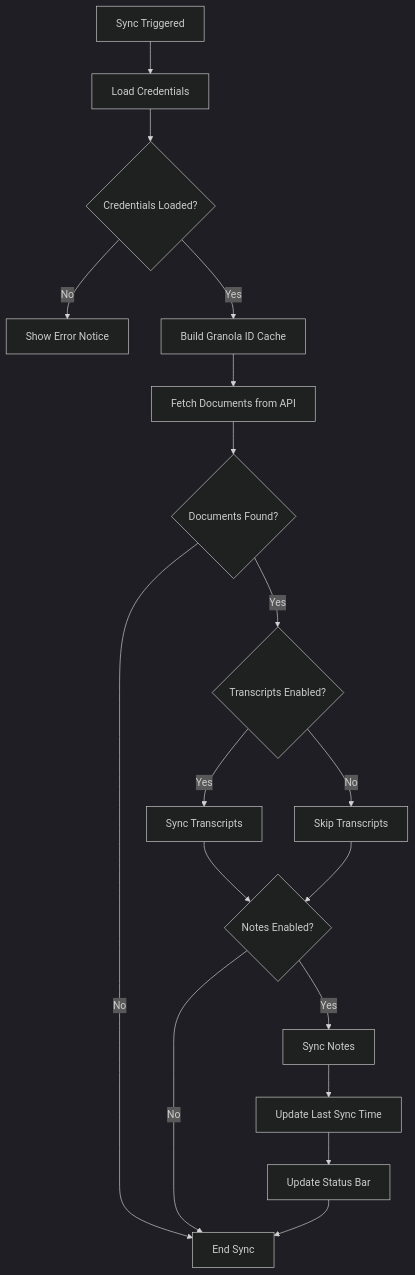
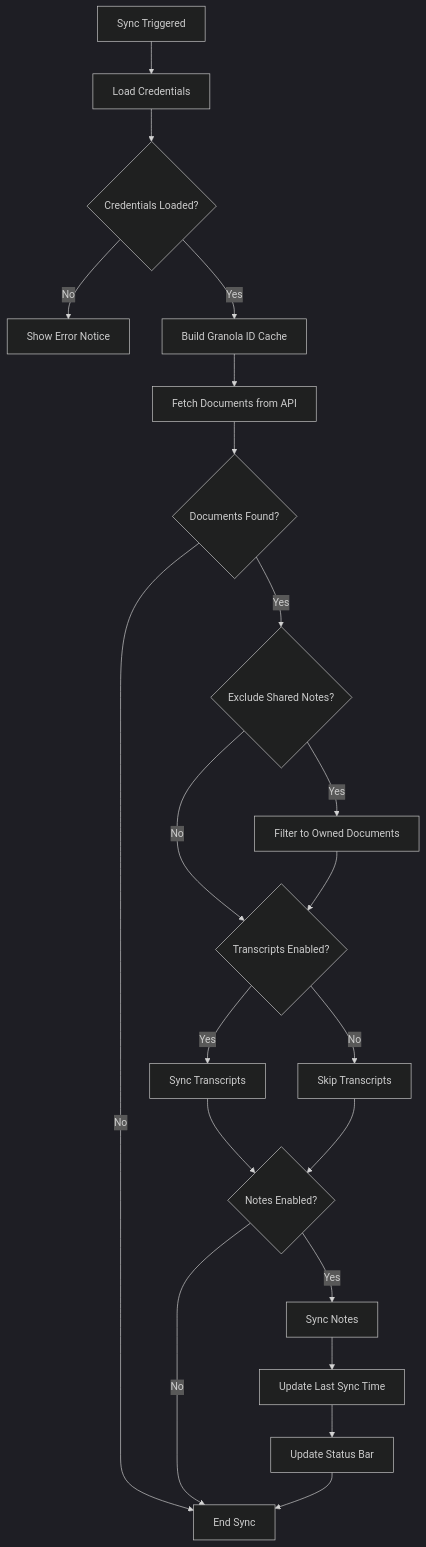
Before and after one commit to tomelliot/obsidian-granola-sync: the first of 7 diagrams in docs/sync-process.md, drawn with Mermaid (dark theme). The commit also changed other lines of this file and 1 other file, not shown here.

Commit message:
docs: document excludeSharedNotes in README and sync-process

````diff
--- a/docs/sync-process.md
+++ b/docs/sync-process.md
@@ -11,20 +11,23 @@
 ```mermaid
 flowchart TD
     A[Sync Triggered] --> B[Load Credentials]
     B --> C{Credentials Loaded?}
     C -->|No| D[Show Error Notice]
     C -->|Yes| E[Build Granola ID Cache]
     E --> F[Fetch Documents from API]
     F --> G{Documents Found?}
     G -->|No| H[End Sync]
-    G -->|Yes| I{Transcripts Enabled?}
+    G -->|Yes| G2{Exclude Shared Notes?}
+    G2 -->|Yes| G3[Filter to Owned Documents]
+    G2 -->|No| I
+    G3 --> I{Transcripts Enabled?}
     I -->|Yes| J[Sync Transcripts]
     I -->|No| K[Skip Transcripts]
     J --> L{Notes Enabled?}
     K --> L
     L -->|Yes| M[Sync Notes]
     L -->|No| H
     M --> O[Update Last Sync Time]
     O --> P[Update Status Bar]
     P --> H
 ```
````
